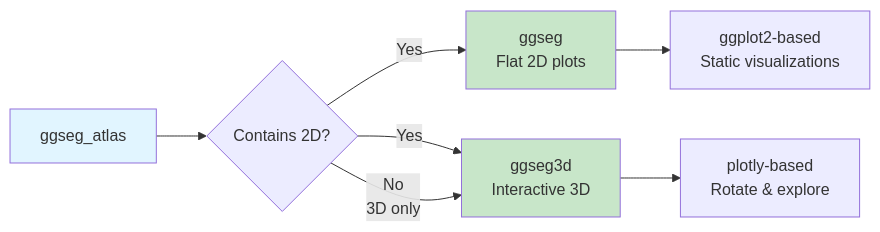
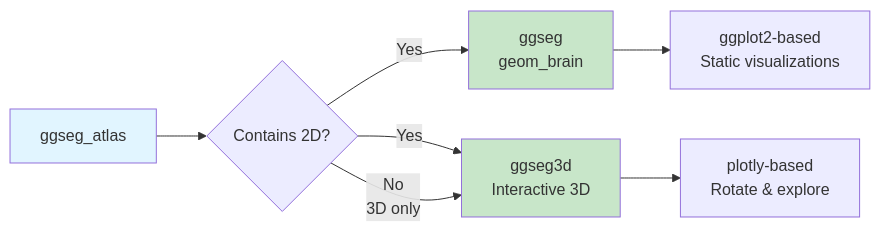
Before and after one commit to ggsegverse/ggseg.extra: the sixth of 6 diagrams in articles/atlas-workflows.md, drawn with Mermaid. The commit also changed other lines of this file and 88 other files, not shown here.

````diff
--- a/articles/atlas-workflows.md
+++ b/articles/atlas-workflows.md
@@ -225,14 +203,14 @@
 ``` mermaid
 flowchart LR
     A[ggseg_atlas] --> B{Contains 2D?}
-    B -->|Yes| C[ggseg<br/>Flat 2D plots]
+    B -->|Yes| C[ggseg<br/>geom_brain]
     B -->|Yes| D[ggseg3d<br/>Interactive 3D]
     B -->|No<br/>3D only| D
 
     C --> E[ggplot2-based<br/>Static visualizations]
     D --> F[plotly-based<br/>Rotate & explore]
 
     style A fill:#e1f5ff
     style C fill:#c8e6c9
     style D fill:#c8e6c9
 ```
````
